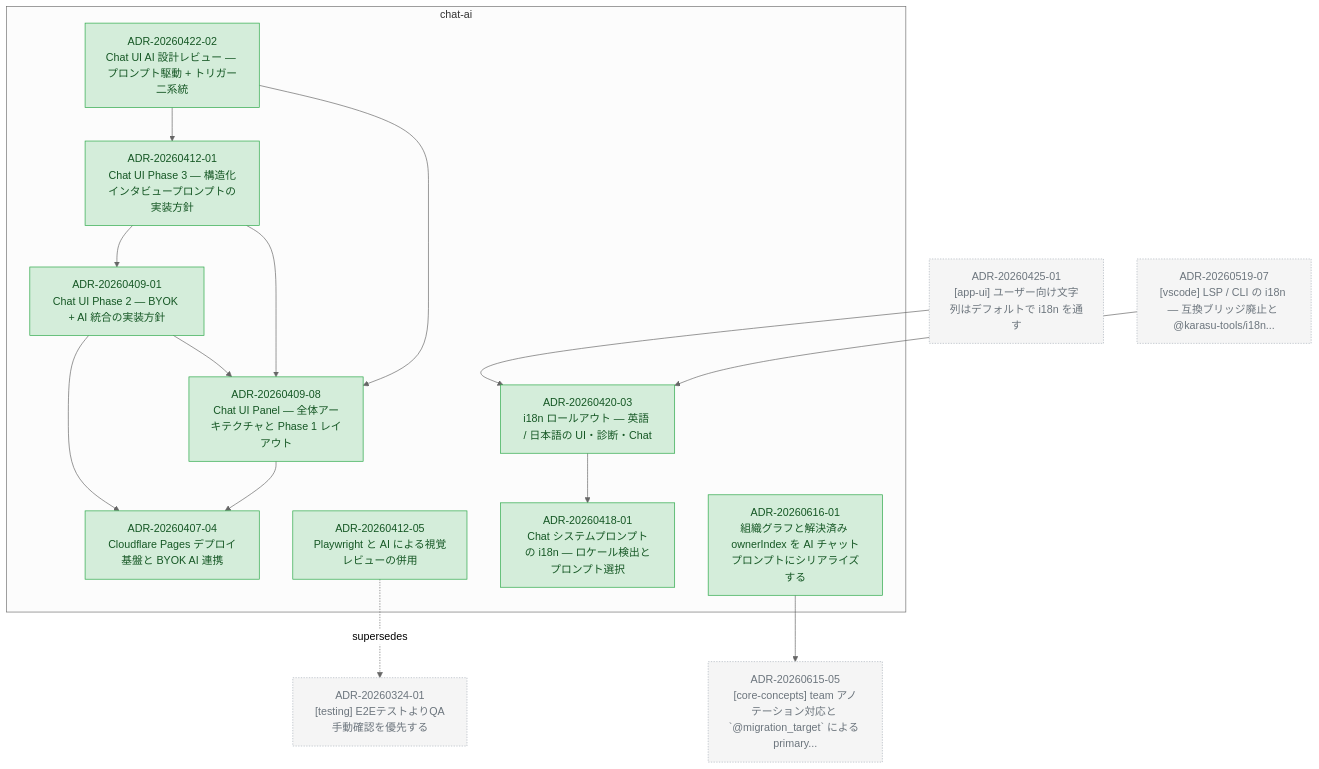
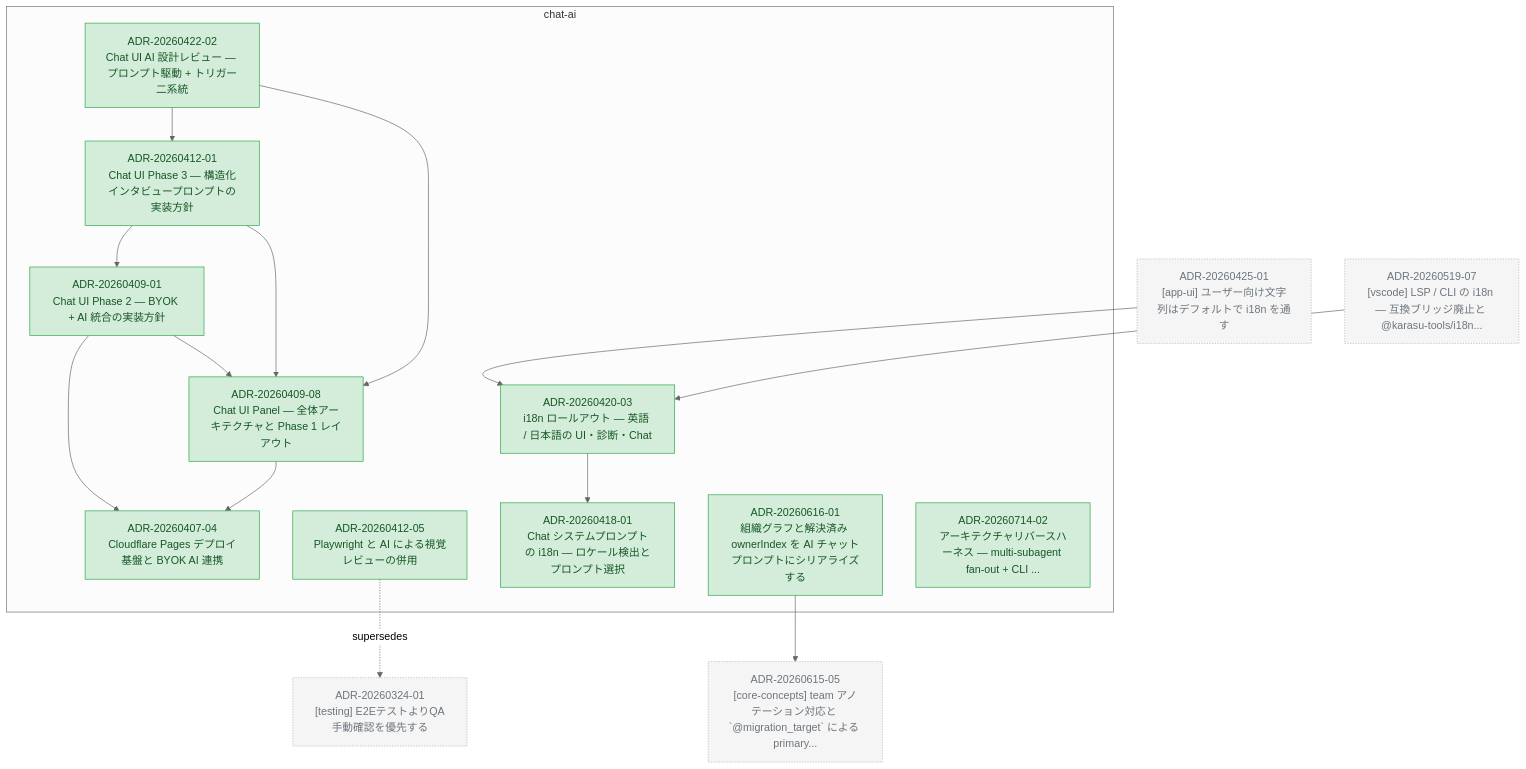
Before and after one commit to kompiro/karasu: the diagram in docs/adr/graph/chat-ai.md, drawn with Mermaid (neutral theme). The commit also changed other lines of this file and 7 other files, not shown here.

First line of the commit message:
docs(adr): promote reverse-architecture harness design to ADR-20260714-01 (#1937)

````diff
--- a/docs/adr/graph/chat-ai.md
+++ b/docs/adr/graph/chat-ai.md
@@ -6,50 +6,52 @@
 ```mermaid
 flowchart TD
   subgraph chat-ai["chat-ai"]
     ADR_20260407_04["ADR-20260407-04<br/>Cloudflare Pages デプロイ基盤と BYOK AI 連携"]
     ADR_20260409_01["ADR-20260409-01<br/>Chat UI Phase 2 — BYOK + AI 統合の実装方針"]
     ADR_20260409_08["ADR-20260409-08<br/>Chat UI Panel — 全体アーキテクチャと Phase 1 レイアウト"]
     ADR_20260412_01["ADR-20260412-01<br/>Chat UI Phase 3 — 構造化インタビュープロンプトの実装方針"]
     ADR_20260412_05["ADR-20260412-05<br/>Playwright と AI による視覚レビューの併用"]
     ADR_20260418_01["ADR-20260418-01<br/>Chat システムプロンプトの i18n — ロケール検出とプロンプト選択"]
     ADR_20260420_03["ADR-20260420-03<br/>i18n ロールアウト — 英語 / 日本語の UI・診断・Chat"]
     ADR_20260422_02["ADR-20260422-02<br/>Chat UI AI 設計レビュー — プロンプト駆動 + トリガー二系統"]
     ADR_20260616_01["ADR-20260616-01<br/>組織グラフと解決済み ownerIndex を AI チャットプロンプトにシリアライズする"]
+    ADR_20260714_02["ADR-20260714-02<br/>アーキテクチャリバースハーネス — multi-subagent fan-out + CLI ..."]
   end
   ADR_20260324_01["ADR-20260324-01<br/>[testing] E2EテストよりQA手動確認を優先する"]
   ADR_20260425_01["ADR-20260425-01<br/>[app-ui] ユーザー向け文字列はデフォルトで i18n を通す"]
   ADR_20260519_07["ADR-20260519-07<br/>[vscode] LSP / CLI の i18n — 互換ブリッジ廃止と @karasu-tools/i18n..."]
   ADR_20260615_05["ADR-20260615-05<br/>[core-concepts] team アノテーション対応と `@migration_target` による primary..."]
   ADR_20260409_01 --> ADR_20260409_08
   ADR_20260409_01 --> ADR_20260407_04
   ADR_20260409_08 --> ADR_20260407_04
   ADR_20260412_01 --> ADR_20260409_01
   ADR_20260412_01 --> ADR_20260409_08
   ADR_20260420_03 --> ADR_20260418_01
   ADR_20260422_02 --> ADR_20260409_08
   ADR_20260422_02 --> ADR_20260412_01
   ADR_20260616_01 --> ADR_20260615_05
   ADR_20260425_01 --> ADR_20260420_03
   ADR_20260519_07 --> ADR_20260420_03
   ADR_20260412_05 -.supersedes.-> ADR_20260324_01
 
   classDef accepted fill:#d4edda,stroke:#28a745,color:#155724
   classDef proposed fill:#fff3cd,stroke:#ffc107,color:#856404
   classDef deprecated fill:#f8d7da,stroke:#dc3545,color:#721c24
   classDef superseded fill:#e2e3e5,stroke:#6c757d,color:#383d41
   classDef not_adopted fill:#e2e3e5,stroke:#6c757d,color:#383d41,stroke-dasharray:3 3
   classDef ghost fill:#f5f5f5,stroke:#adb5bd,color:#6c757d,stroke-dasharray:2 2
   class ADR_20260407_04 accepted
   class ADR_20260409_01 accepted
   class ADR_20260409_08 accepted
   class ADR_20260412_01 accepted
   class ADR_20260412_05 accepted
   class ADR_20260418_01 accepted
   class ADR_20260420_03 accepted
   class ADR_20260422_02 accepted
   class ADR_20260616_01 accepted
+  class ADR_20260714_02 accepted
   class ADR_20260324_01 ghost
   class ADR_20260425_01 ghost
   class ADR_20260519_07 ghost
   class ADR_20260615_05 ghost
 ```
````
